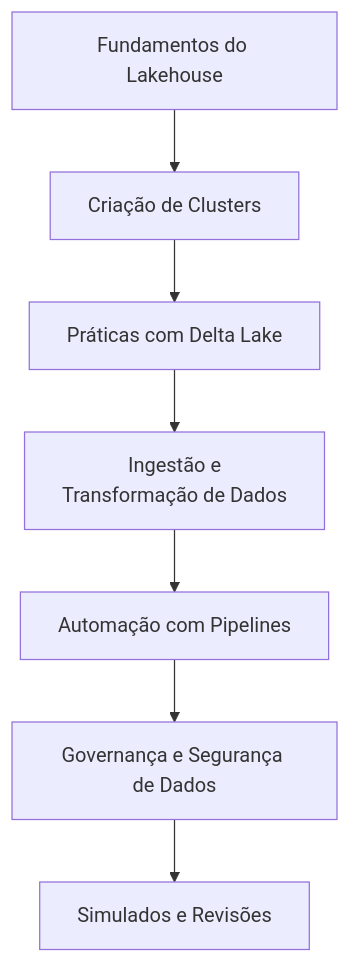
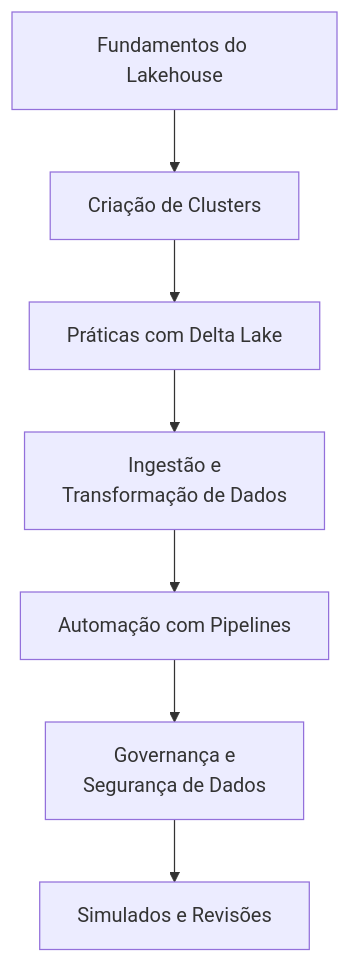
One commit to AprenderDados/quero_aprender_dados changed the diagram in Aprendendo_Databricks/roadmap_certificacao_databricks.md. Above: the diagram before and after it, drawn with Mermaid. The commit also changed other lines of this file and 1 other file, not shown here.

Commit message:
small changes

````diff
--- a/Aprendendo_Databricks/roadmap_certificacao_databricks.md
+++ b/Aprendendo_Databricks/roadmap_certificacao_databricks.md
@@ -106,11 +106,12 @@
 ```mermaid
 graph TD;
     A[Fundamentos do Lakehouse] --> B[Criação de Clusters];
     B --> C[Práticas com Delta Lake];
     C --> D[Ingestão e 
     Transformação de Dados];
     D --> E[Automação com Pipelines];
-    E --> F[Governança e Segurança de Dados];
+    E --> F[Governança e 
+    Segurança de Dados];
     F --> G[Simulados e Revisões]
     
 ```
````
